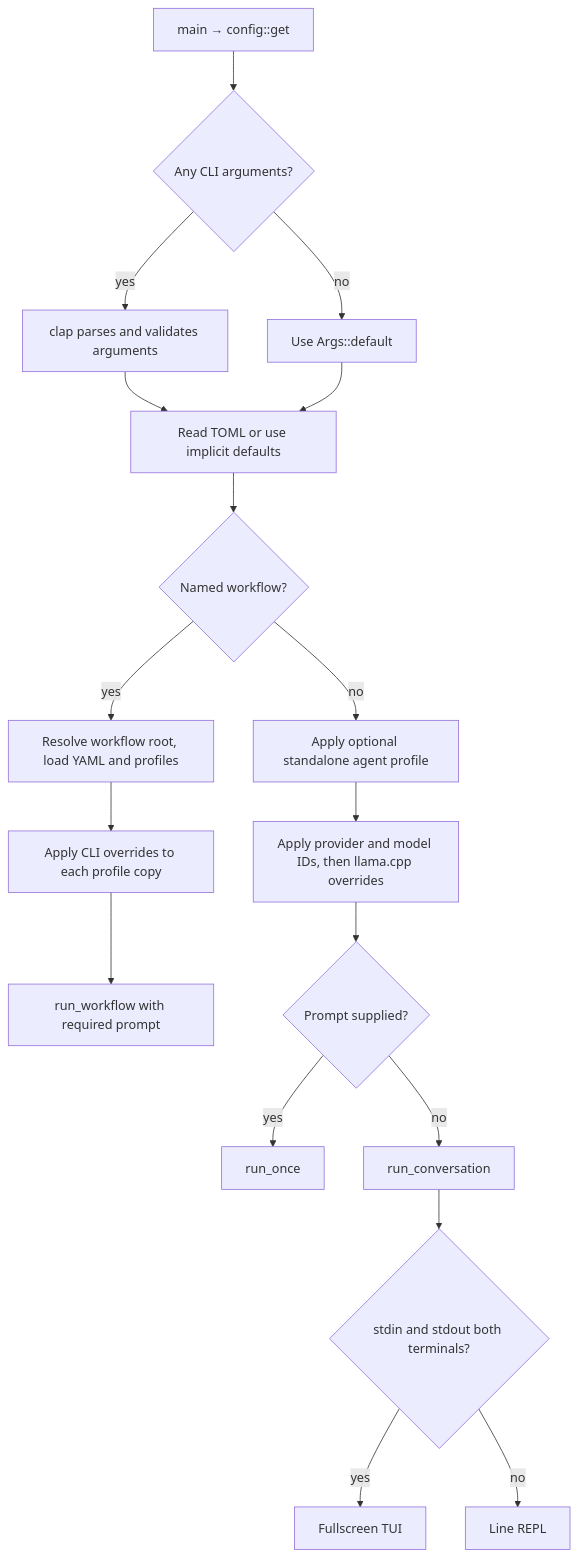
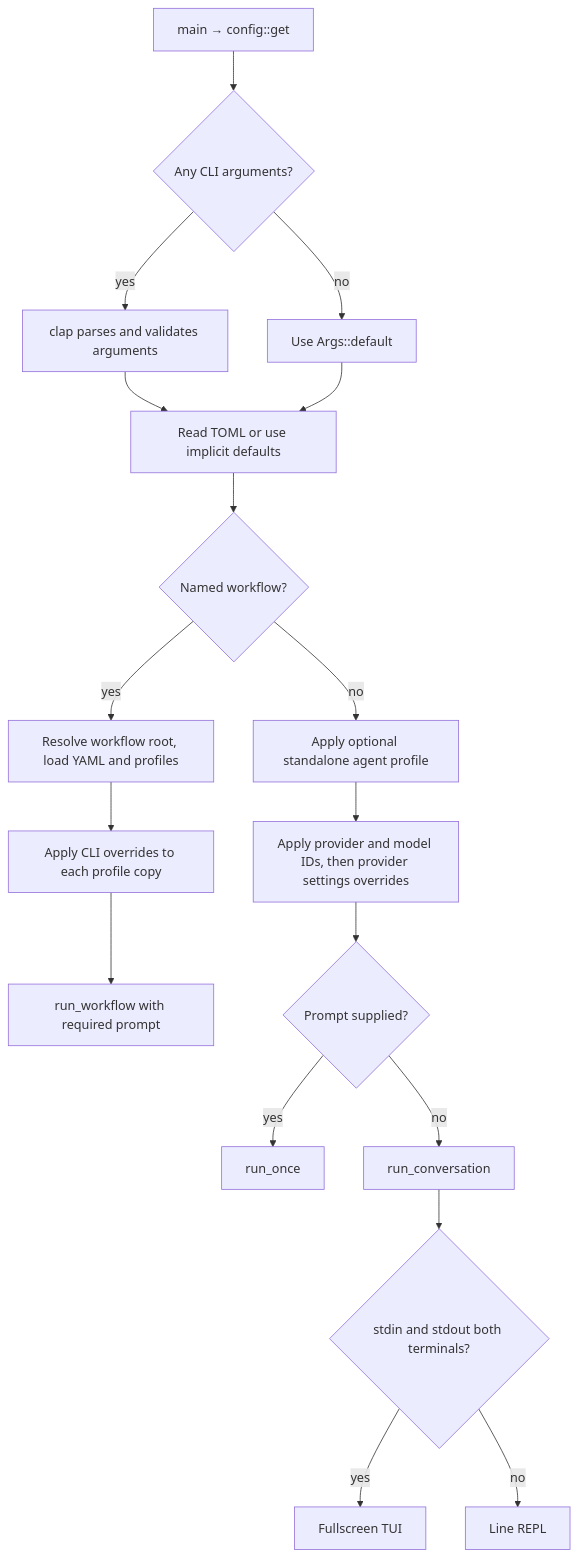
Before and after one commit to johnhalbert/arta: the second of 18 diagrams in ARCHITECTURE.md, drawn with Mermaid. The commit also changed other lines of this file and 95 other files, not shown here.

````diff
--- a/ARCHITECTURE.md
+++ b/ARCHITECTURE.md
@@ -54,22 +55,22 @@
 ```mermaid
 flowchart TD
     accTitle: Startup mode selection
     accDescr: Defaults, TOML, profiles and CLI overrides select one-shot inference, a workflow, or an interactive frontend.
     Entry["main → config::get"] --> Args{"Any CLI arguments?"}
     Args -->|no| Def["Use Args::default"]
     Args -->|yes| Parse["clap parses and validates arguments"]
     Parse --> Load["Read TOML or use implicit defaults"]
     Def --> Load
     Load --> W{"Named workflow?"}
     W -->|yes| WF["Resolve workflow root, load YAML and profiles"]
     WF --> Per["Apply CLI overrides to each profile copy"]
     Per --> Run["run_workflow with required prompt"]
     W -->|no| Profile["Apply optional standalone agent profile"]
-    Profile --> Flags["Apply provider and model IDs, then llama.cpp overrides"]
+    Profile --> Flags["Apply provider and model IDs, then provider settings overrides"]
     Flags --> Mode{"Prompt supplied?"}
     Mode -->|yes| Once["run_once"]
     Mode -->|no| Conversation["run_conversation"]
     Conversation --> Both{"stdin and stdout both terminals?"}
     Both -->|yes| Full["Fullscreen TUI"]
     Both -->|no| Lines["Line REPL"]
 ```
````
